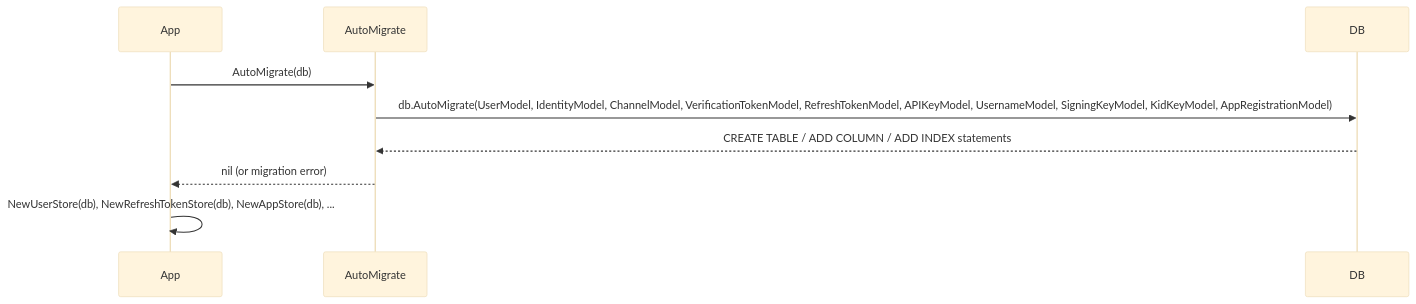
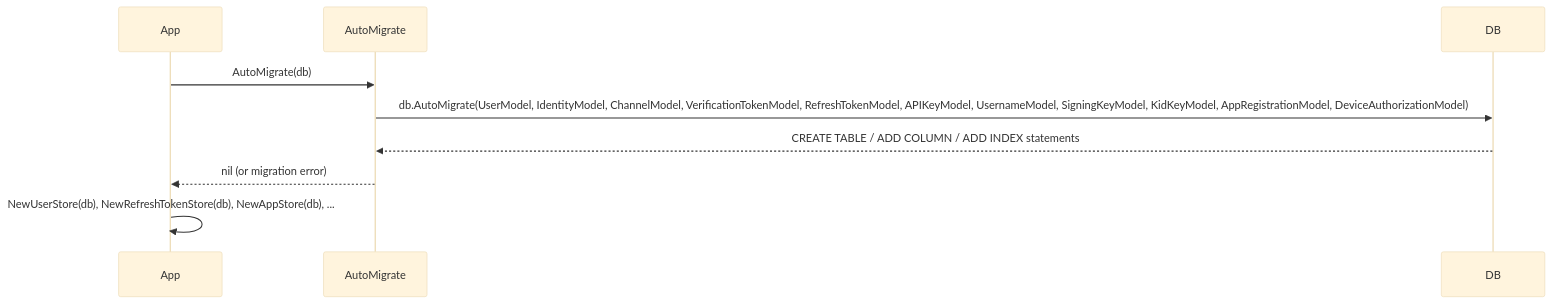
The first of 5 diagrams in stores/gorm/DESIGN.md (panyam/oneauth), drawn with Mermaid (base theme) before and after one commit. The commit also changed other lines of this file and 6 other files, not shown here.

````diff
--- a/stores/gorm/DESIGN.md
+++ b/stores/gorm/DESIGN.md
@@ -56,11 +58,11 @@
 ```mermaid
 sequenceDiagram
     participant App
     participant AutoMigrate
     participant DB
     App->>AutoMigrate: AutoMigrate(db)
-    AutoMigrate->>DB: db.AutoMigrate(UserModel, IdentityModel, ChannelModel, VerificationTokenModel, RefreshTokenModel, APIKeyModel, UsernameModel, SigningKeyModel, KidKeyModel, AppRegistrationModel)
+    AutoMigrate->>DB: db.AutoMigrate(UserModel, IdentityModel, ChannelModel, VerificationTokenModel, RefreshTokenModel, APIKeyModel, UsernameModel, SigningKeyModel, KidKeyModel, AppRegistrationModel, DeviceAuthorizationModel)
     DB-->>AutoMigrate: CREATE TABLE / ADD COLUMN / ADD INDEX statements
     AutoMigrate-->>App: nil (or migration error)
     App->>App: NewUserStore(db), NewRefreshTokenStore(db), NewAppStore(db), ...
 ```
````
